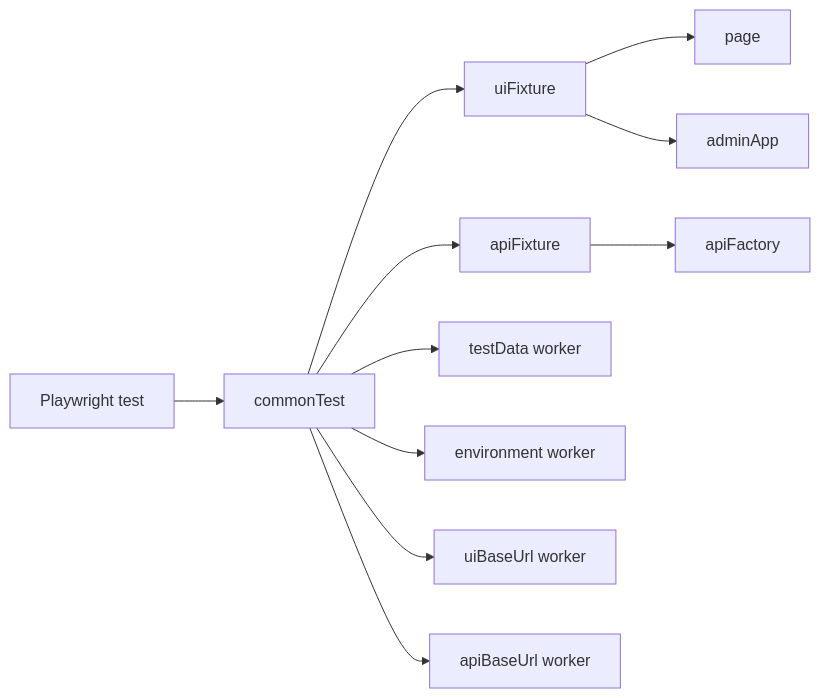
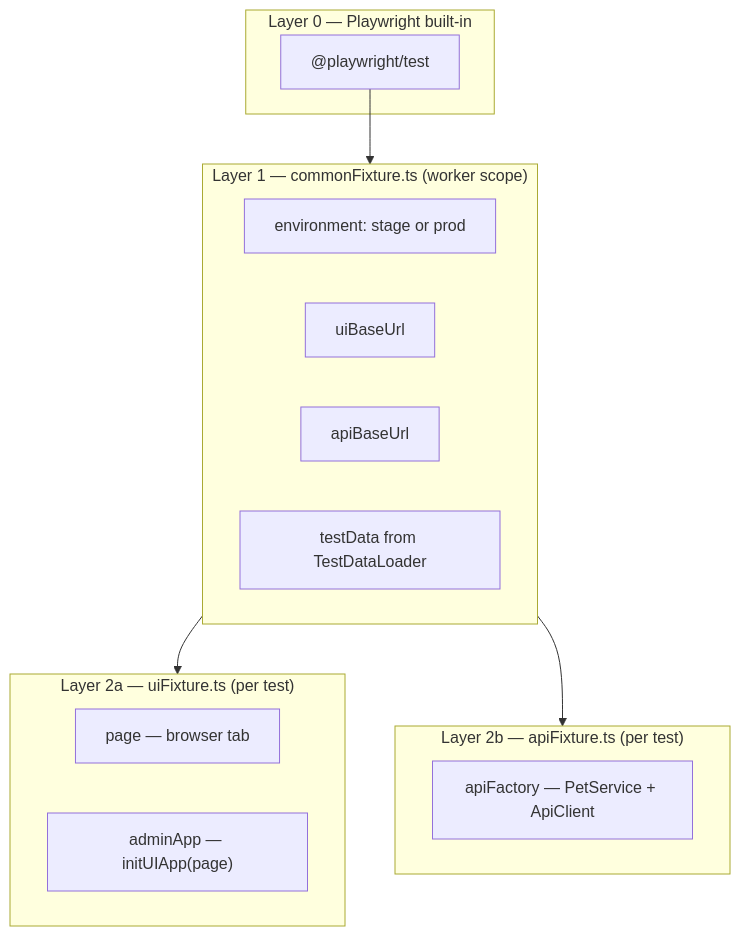
The fourth of 5 diagrams in docs/FRAMEWORK_DESIGN.md (avinashpoddar/playwright-automation), drawn with Mermaid before and after one commit. The commit also changed other lines of this file and 1 other file, not shown here.

````diff
--- a/docs/FRAMEWORK_DESIGN.md
+++ b/docs/FRAMEWORK_DESIGN.md
@@ -218,21 +122,26 @@
 ```mermaid
-flowchart LR
-  PWBASE["Playwright test"]
-  COMMON["commonTest"]
-  UIFIXT["uiFixture"]
-  APIFIXT["apiFixture"]
+flowchart TB
+  subgraph layer0 ["Layer 0 — Playwright built-in"]
+    PWTEST["@playwright/test"]
+  end
 
-  PWBASE --> COMMON
-  COMMON --> UIFIXT
-  COMMON --> APIFIXT
+  subgraph layer1 ["Layer 1 — commonFixture.ts (worker scope)"]
+    ENVNAME["environment: stage or prod"]
+    UIBASE["uiBaseUrl"]
+    APIBASE["apiBaseUrl"]
+    TESTDATA["testData from TestDataLoader"]
+  end
 
-  COMMON --> TD["testData worker"]
-  COMMON --> ENVFIX["environment worker"]
-  COMMON --> UIB["uiBaseUrl worker"]
-  COMMON --> APIB["apiBaseUrl worker"]
+  subgraph layer2ui ["Layer 2a — uiFixture.ts (per test)"]
+    PAGE["page — browser tab"]
+    ADMINAPP["adminApp — initUIApp(page)"]
+  end
 
-  UIFIXT --> PAGE["page"]
-  UIFIXT --> APP["adminApp"]
+  subgraph layer2api ["Layer 2b — apiFixture.ts (per test)"]
+    APIFACTORY["apiFactory — PetService + ApiClient"]
+  end
 
-  APIFIXT --> AF["apiFactory"]
+  PWTEST --> layer1
+  layer1 --> layer2ui
+  layer1 --> layer2api
 ```
````
